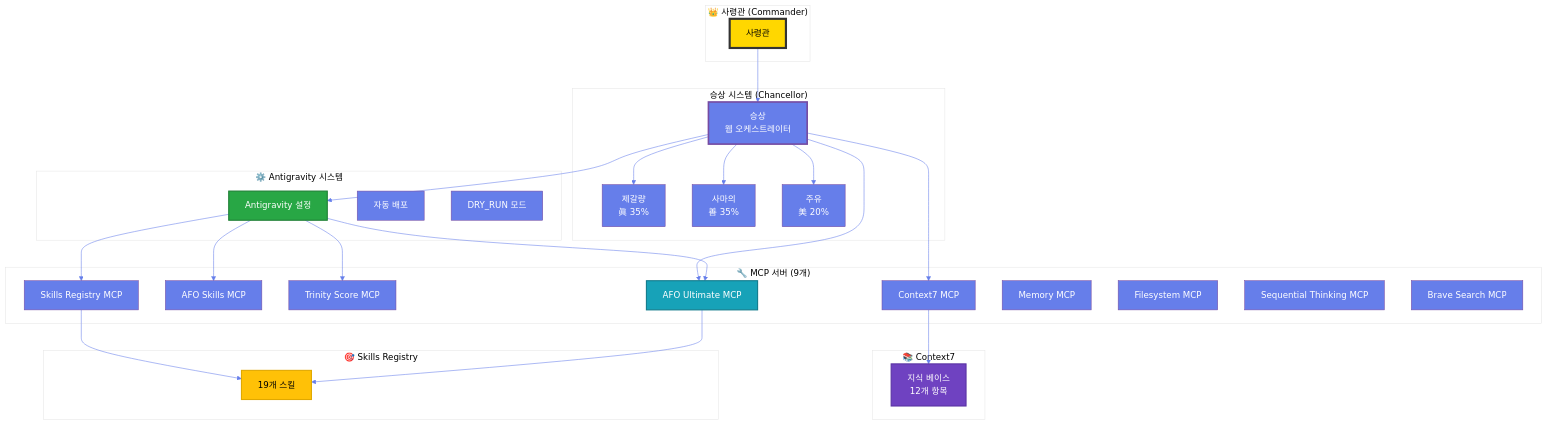
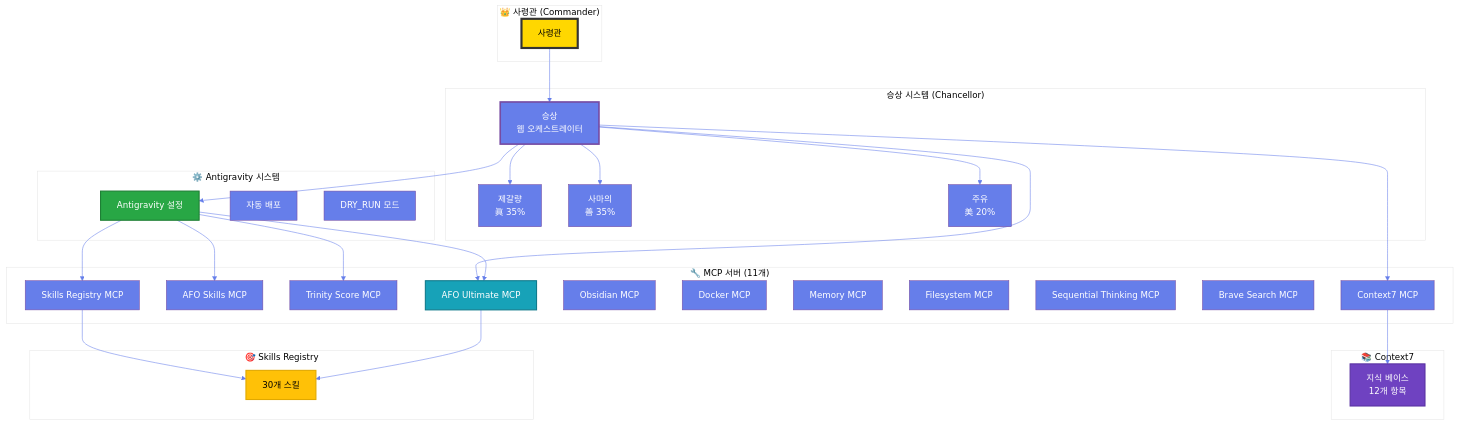
Before and after one commit to lofibrainwav/AFO_Kingdom: the first of 5 diagrams in docs/AFO_KINGDOM_MAIN.md, drawn with Mermaid. The commit also changed other lines of this file and 197 other files, not shown here.

````diff
--- a/docs/AFO_KINGDOM_MAIN.md
+++ b/docs/AFO_KINGDOM_MAIN.md
@@ -30,65 +30,67 @@
 ```mermaid
 %%{init: {'theme':'base', 'themeVariables': { 'primaryColor':'#667eea', 'primaryTextColor':'#fff', 'primaryBorderColor':'#764ba2', 'lineColor':'#667eea', 'secondaryColor':'#f8f9fa', 'tertiaryColor':'#fff'}}}%%
 graph TB
     subgraph Commander["👑 사령관 (Commander)"]
         C[사령관]
     end
 
     subgraph Chancellor["승상 시스템 (Chancellor)"]
         CH[승상<br/>웹 오케스트레이터]
         ZL[제갈량<br/>眞 35%]
         SY[사마의<br/>善 35%]
         ZY[주유<br/>美 20%]
         
         CH --> ZL
         CH --> SY
         CH --> ZY
     end
 
     subgraph Antigravity["⚙️ Antigravity 시스템"]
         AG[Antigravity 설정]
         AD[자동 배포]
         DR[DRY_RUN 모드]
     end
 
-    subgraph MCP["🔧 MCP 서버 (9개)"]
+    subgraph MCP["🔧 MCP 서버 (11개)"]
         UM[AFO Ultimate MCP]
         SM[AFO Skills MCP]
         TM[Trinity Score MCP]
         RM[Skills Registry MCP]
-        CM[Context7 MCP]
-        MM[Memory MCP]
+        OM[Obsidian MCP]
+        DM[Docker MCP]
+        MLM[Memory MCP]
         FM[Filesystem MCP]
         SeqM[Sequential Thinking MCP]
         BM[Brave Search MCP]
+        CM[Context7 MCP]
     end
 
     subgraph Skills["🎯 Skills Registry"]
-        S[19개 스킬]
+        S[30개 스킬]
     end
 
     subgraph Context7["📚 Context7"]
         KB[지식 베이스<br/>12개 항목]
     end
 
     C --> CH
     CH --> AG
     AG --> UM
     AG --> SM
     AG --> TM
     AG --> RM
     
     UM --> S
     RM --> S
     CM --> KB
     
     CH --> UM
     CH --> CM
 
     style C fill:#ffd700,stroke:#333,stroke-width:4px,color:#000
     style CH fill:#667eea,stroke:#764ba2,stroke-width:3px,color:#fff
     style AG fill:#28a745,stroke:#1e7e34,stroke-width:2px,color:#fff
     style UM fill:#17a2b8,stroke:#117a8b,stroke-width:2px,color:#fff
     style S fill:#ffc107,stroke:#e0a800,stroke-width:2px,color:#000
     style KB fill:#6f42c1,stroke:#5a32a3,stroke-width:2px,color:#fff
 ```
````
